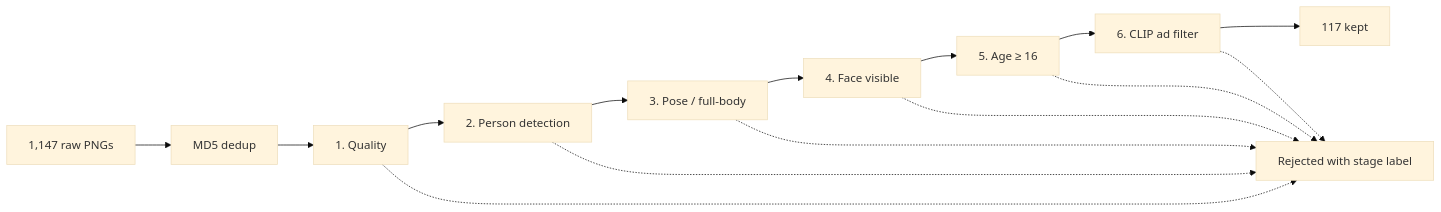
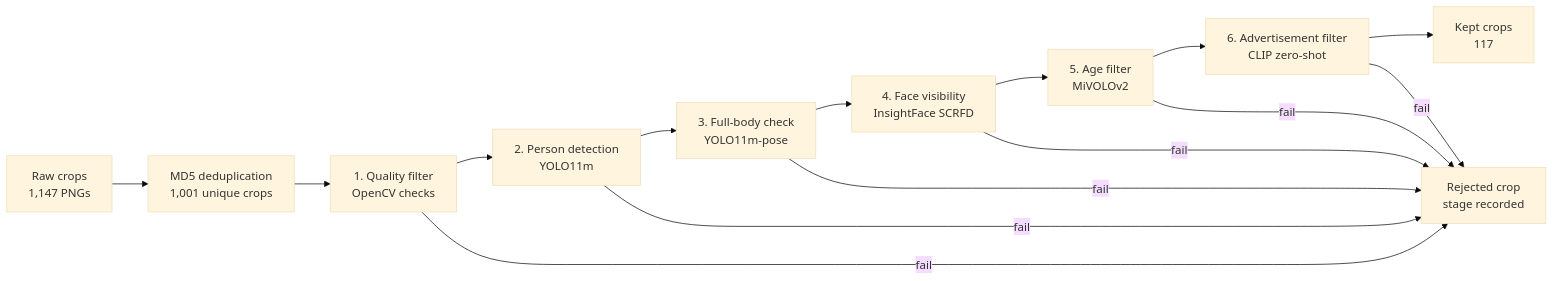
One commit to jsuryanm/cynapse-ai-assignment changed the diagram in REPORT.md. Above: the diagram before and after it, drawn with Mermaid (base theme). The commit also changed other lines of this file and 1 other file, not shown here.

````diff
--- a/REPORT.md
+++ b/REPORT.md
@@ -42,17 +40,18 @@
 ```mermaid
 flowchart LR
-    A[1,147 raw PNGs] --> B[MD5 dedup]
-    B --> C[1. Quality]
-    C --> D[2. Person detection]
-    D --> E[3. Pose / full-body]
-    E --> F[4. Face visible]
-    F --> G[5. Age &ge; 16]
-    G --> H[6. CLIP ad filter]
-    H --> I[117 kept]
-    C -.-> R[Rejected with stage label]
-    D -.-> R
-    E -.-> R
-    F -.-> R
-    G -.-> R
-    H -.-> R
+    A["Raw crops<br/>1,147 PNGs"] --> B["MD5 deduplication<br/>1,001 unique crops"]
+    B --> C["1. Quality filter<br/>OpenCV checks"]
+    C --> D["2. Person detection<br/>YOLO11m"]
+    D --> E["3. Full-body check<br/>YOLO11m-pose"]
+    E --> F["4. Face visibility<br/>InsightFace SCRFD"]
+    F --> G["5. Age filter<br/>MiVOLOv2"]
+    G --> H["6. Advertisement filter<br/>CLIP zero-shot"]
+    H --> I["Kept crops<br/>117"]
+
+    C -->|fail| R["Rejected crop<br/>stage recorded"]
+    D -->|fail| R
+    E -->|fail| R
+    F -->|fail| R
+    G -->|fail| R
+    H -->|fail| R
 ```
````
